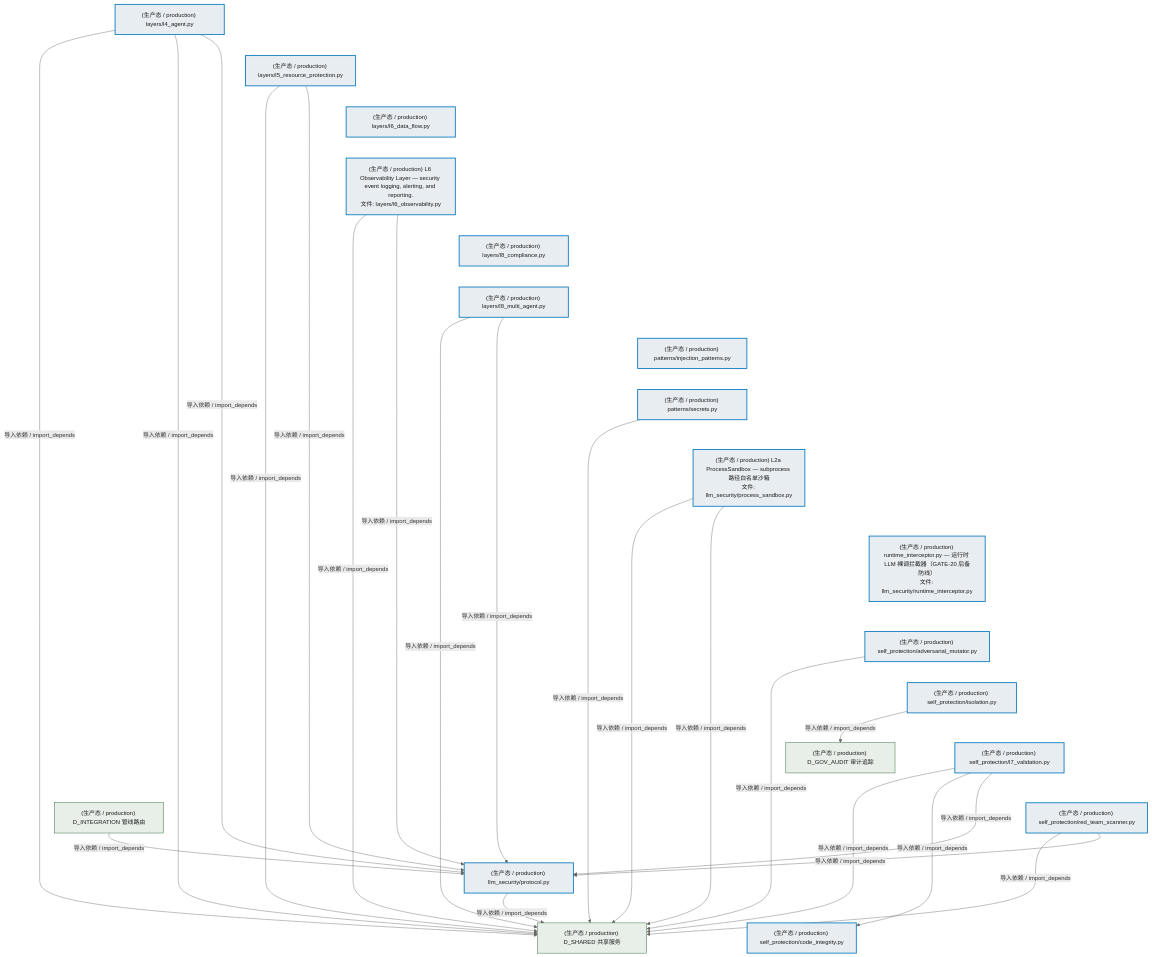
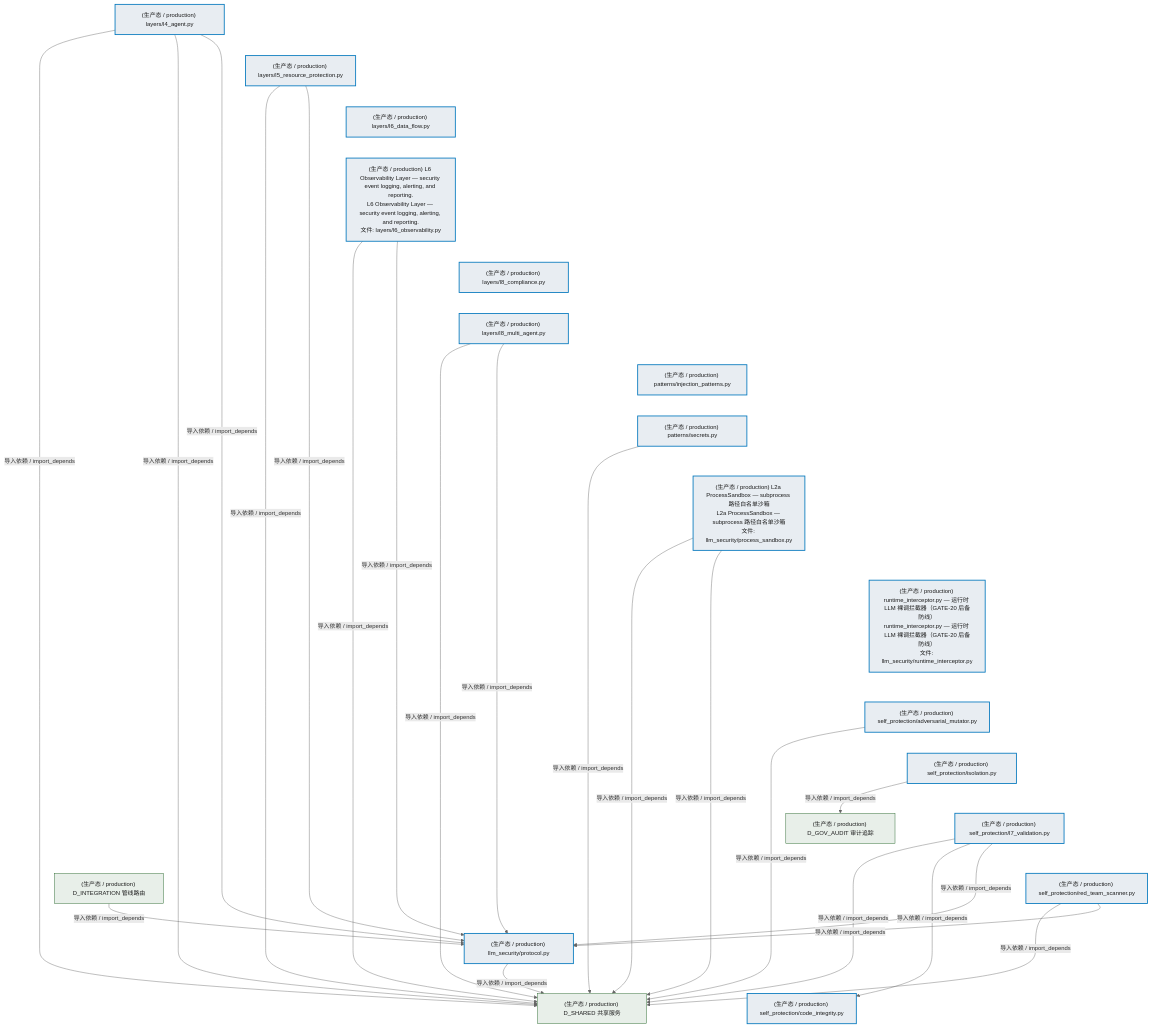
One commit to xuanFelixVan/ZephyrAlpha changed the sixth of 8 diagrams in docs/02_enterprise_architecture/02_domain_architecture_docs/27_d_security.md. Above: the diagram before and after it, drawn with Mermaid. The commit also changed other lines of this file and 80 other files, not shown here.

````diff
--- a/docs/02_enterprise_architecture/02_domain_architecture_docs/27_d_security.md
+++ b/docs/02_enterprise_architecture/02_domain_architecture_docs/27_d_security.md
@@ -772,64 +774,64 @@
 ```mermaid
 %%{init: {'theme': 'base', 'themeVariables': {'primaryColor': '#eaeaea', 'primaryTextColor': '#333333', 'primaryBorderColor': '#666666', 'lineColor': '#666666', 'secondaryColor': '#eaeaea', 'tertiaryColor': '#eaeaea', 'fontSize': '14px'}}}%%
 flowchart TD
     src_zephyr_security_llm_defense_llm_security_layers_l4_agent_py["(生产态 / production) layers/l4_agent.py"]
     src_zephyr_security_llm_defense_llm_security_layers_l5_resource_protection_py["(生产态 / production) layers/l5_resource_protection.py"]
     src_zephyr_security_llm_defense_llm_security_layers_l6_data_flow_py["(生产态 / production) layers/l6_data_flow.py"]
-    src_zephyr_security_llm_defense_llm_security_layers_l6_observability_py["(生产态 / production) L6 Observability Layer — security event logging, alerting, and reporting.<br/>文件: layers/l6_observability.py"]
+    src_zephyr_security_llm_defense_llm_security_layers_l6_observability_py["(生产态 / production) L6 Observability Layer — security event logging, alerting, and reporting.<br/>L6 Observability Layer — security event logging, alerting, and reporting.<br/>文件: layers/l6_observability.py"]
     src_zephyr_security_llm_defense_llm_security_layers_l8_compliance_py["(生产态 / production) layers/l8_compliance.py"]
     src_zephyr_security_llm_defense_llm_security_layers_l8_multi_agent_py["(生产态 / production) layers/l8_multi_agent.py"]
     src_zephyr_security_llm_defense_llm_security_patterns_injection_patterns_py["(生产态 / production) patterns/injection_patterns.py"]
     src_zephyr_security_llm_defense_llm_security_patterns_secrets_py["(生产态 / production) patterns/secrets.py"]
-    src_zephyr_security_llm_defense_llm_security_process_sandbox_py["(生产态 / production) L2a ProcessSandbox — subprocess 路径白名单沙箱<br/>文件: llm_security/process_sandbox.py"]
-    src_zephyr_security_llm_defense_llm_security_runtime_interceptor_py["(生产态 / production) runtime_interceptor.py — 运行时 LLM 裸调拦截器（GATE-20 后备防线）<br/>文件: llm_security/runtime_interceptor.py"]
+    src_zephyr_security_llm_defense_llm_security_process_sandbox_py["(生产态 / production) L2a ProcessSandbox — subprocess 路径白名单沙箱<br/>L2a ProcessSandbox — subprocess 路径白名单沙箱<br/>文件: llm_security/process_sandbox.py"]
+    src_zephyr_security_llm_defense_llm_security_runtime_interceptor_py["(生产态 / production) runtime_interceptor.py — 运行时 LLM 裸调拦截器（GATE-20 后备防线）<br/>runtime_interceptor.py — 运行时 LLM 裸调拦截器（GATE-20 后备防线）<br/>文件: llm_security/runtime_interceptor.py"]
     src_zephyr_security_llm_defense_llm_security_self_protection_adversarial_mutator_py["(生产态 / production) self_protection/adversarial_mutator.py"]
     src_zephyr_security_llm_defense_llm_security_self_protection_isolation_py["(生产态 / production) self_protection/isolation.py"]
     src_zephyr_security_llm_defense_llm_security_self_protection_l7_validation_py["(生产态 / production) self_protection/l7_validation.py"]
     src_zephyr_security_llm_defense_llm_security_self_protection_red_team_scanner_py["(生产态 / production) self_protection/red_team_scanner.py"]
     src_zephyr_security_llm_defense_llm_security_layers_l4_agent_py ~~~ src_zephyr_security_llm_defense_llm_security_layers_l5_resource_protection_py
     src_zephyr_security_llm_defense_llm_security_layers_l5_resource_protection_py ~~~ src_zephyr_security_llm_defense_llm_security_layers_l6_data_flow_py
     src_zephyr_security_llm_defense_llm_security_layers_l6_data_flow_py ~~~ src_zephyr_security_llm_defense_llm_security_layers_l6_observability_py
     src_zephyr_security_llm_defense_llm_security_layers_l6_observability_py ~~~ src_zephyr_security_llm_defense_llm_security_layers_l8_compliance_py
     src_zephyr_security_llm_defense_llm_security_layers_l8_compliance_py ~~~ src_zephyr_security_llm_defense_llm_security_layers_l8_multi_agent_py
     src_zephyr_security_llm_defense_llm_security_layers_l8_multi_agent_py ~~~ src_zephyr_security_llm_defense_llm_security_patterns_injection_patterns_py
     src_zephyr_security_llm_defense_llm_security_patterns_injection_patterns_py ~~~ src_zephyr_security_llm_defense_llm_security_patterns_secrets_py
     src_zephyr_security_llm_defense_llm_security_patterns_secrets_py ~~~ src_zephyr_security_llm_defense_llm_security_process_sandbox_py
     src_zephyr_security_llm_defense_llm_security_process_sandbox_py ~~~ src_zephyr_security_llm_defense_llm_security_runtime_interceptor_py
     src_zephyr_security_llm_defense_llm_security_runtime_interceptor_py ~~~ src_zephyr_security_llm_defense_llm_security_self_protection_adversarial_mutator_py
     src_zephyr_security_llm_defense_llm_security_self_protection_adversarial_mutator_py ~~~ src_zephyr_security_llm_defense_llm_security_self_protection_isolation_py
     src_zephyr_security_llm_defense_llm_security_self_protection_isolation_py ~~~ src_zephyr_security_llm_defense_llm_security_self_protection_l7_validation_py
     src_zephyr_security_llm_defense_llm_security_self_protection_l7_validation_py ~~~ src_zephyr_security_llm_defense_llm_security_self_protection_red_team_scanner_py
     src_zephyr_security_llm_defense_llm_security_protocol_py["(生产态 / production) llm_security/protocol.py"]
     src_zephyr_security_llm_defense_llm_security_self_protection_code_integrity_py["(生产态 / production) self_protection/code_integrity.py"]
     src_zephyr_security_llm_defense_llm_security_protocol_py ~~~ src_zephyr_security_llm_defense_llm_security_self_protection_code_integrity_py
     src_zephyr_security_llm_defense_llm_security_layers_l4_agent_py -->|导入依赖 / import_depends| src_zephyr_security_llm_defense_llm_security_protocol_py
     src_zephyr_security_llm_defense_llm_security_layers_l8_multi_agent_py -->|导入依赖 / import_depends| src_zephyr_security_llm_defense_llm_security_protocol_py
+    src_zephyr_security_llm_defense_llm_security_layers_l6_observability_py -->|导入依赖 / import_depends| src_zephyr_security_llm_defense_llm_security_protocol_py
     src_zephyr_security_llm_defense_llm_security_layers_l5_resource_protection_py -->|导入依赖 / import_depends| src_zephyr_security_llm_defense_llm_security_protocol_py
-    src_zephyr_security_llm_defense_llm_security_layers_l6_observability_py -->|导入依赖 / import_depends| src_zephyr_security_llm_defense_llm_security_protocol_py
+    src_zephyr_security_llm_defense_llm_security_self_protection_red_team_scanner_py -->|导入依赖 / import_depends| src_zephyr_security_llm_defense_llm_security_protocol_py
     src_zephyr_security_llm_defense_llm_security_self_protection_l7_validation_py -->|导入依赖 / import_depends| src_zephyr_security_llm_defense_llm_security_protocol_py
     src_zephyr_security_llm_defense_llm_security_self_protection_l7_validation_py -->|导入依赖 / import_depends| src_zephyr_security_llm_defense_llm_security_self_protection_code_integrity_py
-    src_zephyr_security_llm_defense_llm_security_self_protection_red_team_scanner_py -->|导入依赖 / import_depends| src_zephyr_security_llm_defense_llm_security_protocol_py
     D_SHARED["(生产态 / production) D_SHARED 共享服务"]
     src_zephyr_security_llm_defense_llm_security_layers_l6_observability_py -->|导入依赖 / import_depends| D_SHARED
     src_zephyr_security_llm_defense_llm_security_layers_l4_agent_py -->|导入依赖 / import_depends| D_SHARED
     src_zephyr_security_llm_defense_llm_security_self_protection_adversarial_mutator_py -->|导入依赖 / import_depends| D_SHARED
     src_zephyr_security_llm_defense_llm_security_process_sandbox_py -->|导入依赖 / import_depends| D_SHARED
-    src_zephyr_security_llm_defense_llm_security_self_protection_l7_validation_py -->|导入依赖 / import_depends| D_SHARED
     D_GOV_AUDIT["(生产态 / production) D_GOV_AUDIT 审计追踪"]
     src_zephyr_security_llm_defense_llm_security_self_protection_isolation_py -->|导入依赖 / import_depends| D_GOV_AUDIT
+    src_zephyr_security_llm_defense_llm_security_self_protection_l7_validation_py -->|导入依赖 / import_depends| D_SHARED
     src_zephyr_security_llm_defense_llm_security_layers_l8_multi_agent_py -->|导入依赖 / import_depends| D_SHARED
     src_zephyr_security_llm_defense_llm_security_layers_l4_agent_py -->|导入依赖 / import_depends| D_SHARED
     src_zephyr_security_llm_defense_llm_security_layers_l5_resource_protection_py -->|导入依赖 / import_depends| D_SHARED
     src_zephyr_security_llm_defense_llm_security_self_protection_red_team_scanner_py -->|导入依赖 / import_depends| D_SHARED
     src_zephyr_security_llm_defense_llm_security_patterns_secrets_py -->|导入依赖 / import_depends| D_SHARED
     src_zephyr_security_llm_defense_llm_security_process_sandbox_py -->|导入依赖 / import_depends| D_SHARED
     src_zephyr_security_llm_defense_llm_security_protocol_py -->|导入依赖 / import_depends| D_SHARED
     D_INTEGRATION["(生产态 / production) D_INTEGRATION 管线路由"]
     D_INTEGRATION -->|导入依赖 / import_depends| src_zephyr_security_llm_defense_llm_security_protocol_py
     classDef production fill:#e8edf2,stroke:#0277bd,stroke-width:2px,color:#1a1a1a
     classDef design fill:#f0ebe3,stroke:#bf360c,stroke-width:2px,color:#1a1a1a,stroke-dasharray: 5 5
     classDef external_prod fill:#e8efe9,stroke:#1b5e20,stroke-width:1px,color:#1a1a1a
     classDef external_design fill:#efe5ea,stroke:#880e4f,stroke-width:1px,color:#1a1a1a,stroke-dasharray: 5 5
     class src_zephyr_security_llm_defense_llm_security_layers_l4_agent_py,src_zephyr_security_llm_defense_llm_security_layers_l5_resource_protection_py,src_zephyr_security_llm_defense_llm_security_layers_l6_data_flow_py,src_zephyr_security_llm_defense_llm_security_layers_l6_observability_py,src_zephyr_security_llm_defense_llm_security_layers_l8_compliance_py,src_zephyr_security_llm_defense_llm_security_layers_l8_multi_agent_py,src_zephyr_security_llm_defense_llm_security_patterns_injection_patterns_py,src_zephyr_security_llm_defense_llm_security_patterns_secrets_py,src_zephyr_security_llm_defense_llm_security_process_sandbox_py,src_zephyr_security_llm_defense_llm_security_protocol_py,src_zephyr_security_llm_defense_llm_security_runtime_interceptor_py,src_zephyr_security_llm_defense_llm_security_self_protection_adversarial_mutator_py,src_zephyr_security_llm_defense_llm_security_self_protection_code_integrity_py,src_zephyr_security_llm_defense_llm_security_self_protection_isolation_py,src_zephyr_security_llm_defense_llm_security_self_protection_l7_validation_py,src_zephyr_security_llm_defense_llm_security_self_protection_red_team_scanner_py production
     class D_SHARED,D_GOV_AUDIT,D_INTEGRATION external_prod
 ```
````
